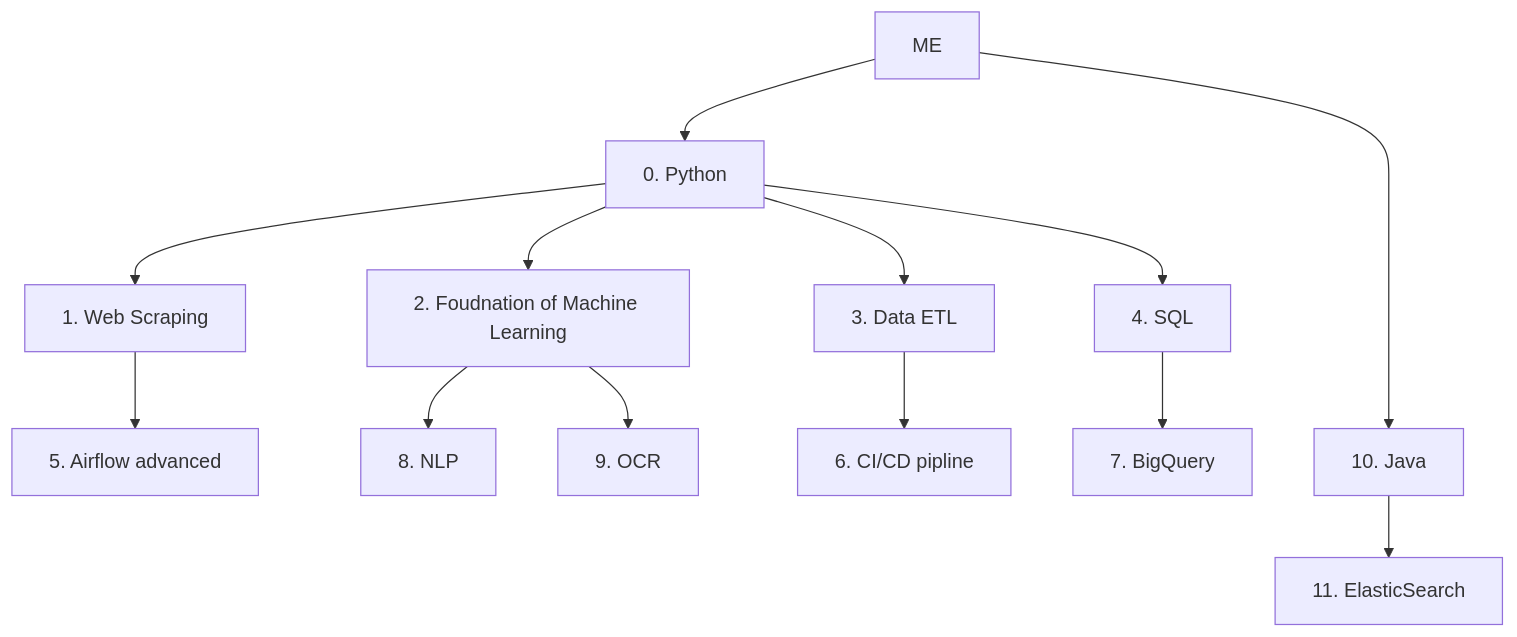
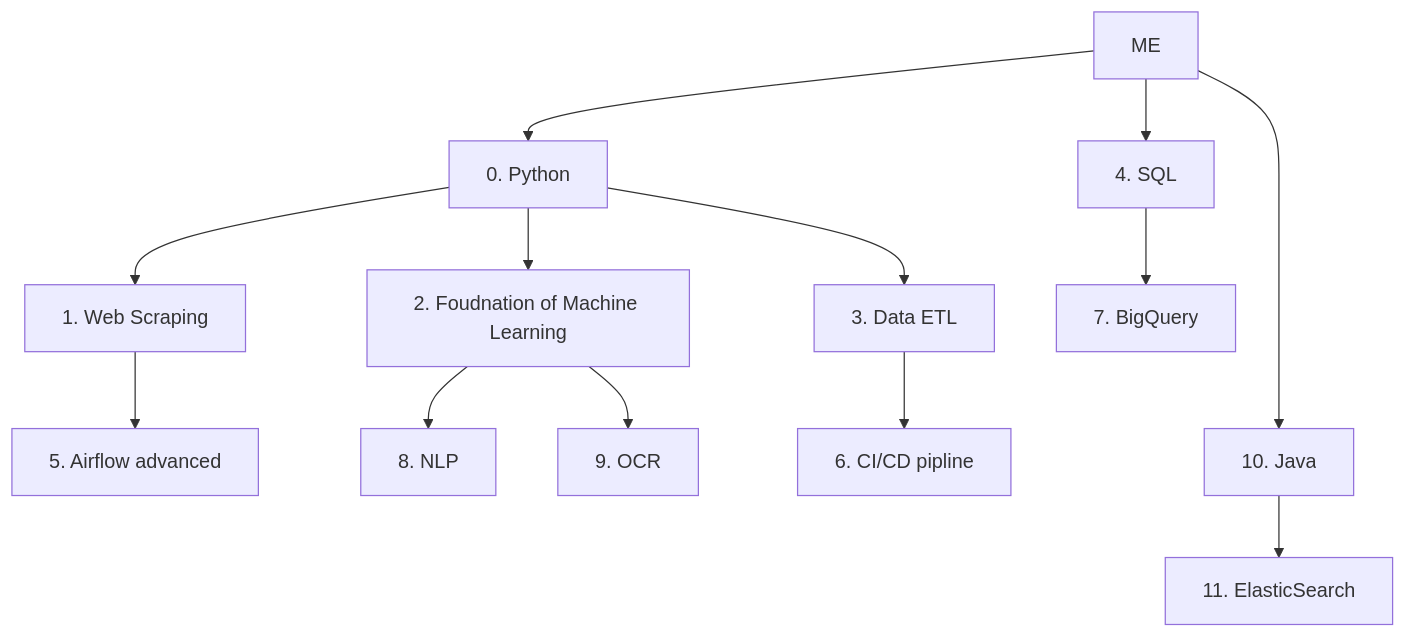
One commit to kenchudigital/learning-path changed the diagram in README.md. Above: the diagram before and after it, drawn with Mermaid.

````diff
--- a/README.md
+++ b/README.md
@@ -4,17 +4,17 @@
 ```mermaid
   graph TD;
       Z[ME];
       Z --> A[0. Python];
       A --> B[1. Web Scraping]
       A --> C[2. Foudnation of Machine Learning]
       A --> D[3. Data ETL]
-      A --> H[4. SQL]
+      Z --> H[4. SQL]
       D --> E[6. CI/CD pipline]
       Z ----> F[10. Java]
       B --> G[5. Airflow advanced]
       H --> I[7. BigQuery]
       C --> J[8. NLP]
       C --> K[9. OCR]
       F --> L[11. ElasticSearch]
       
 ```
````
